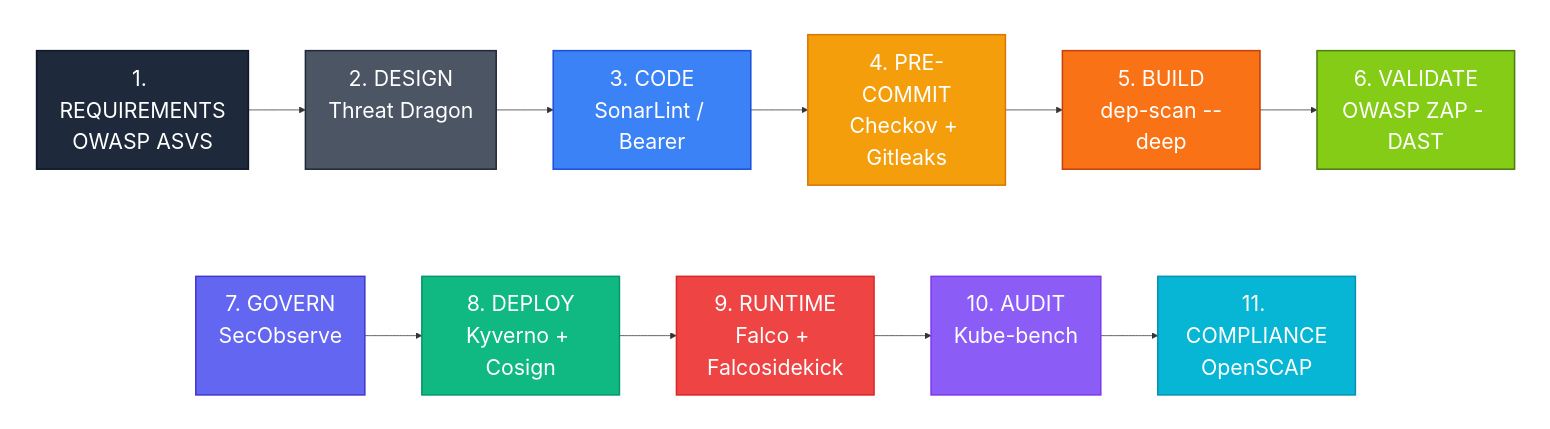
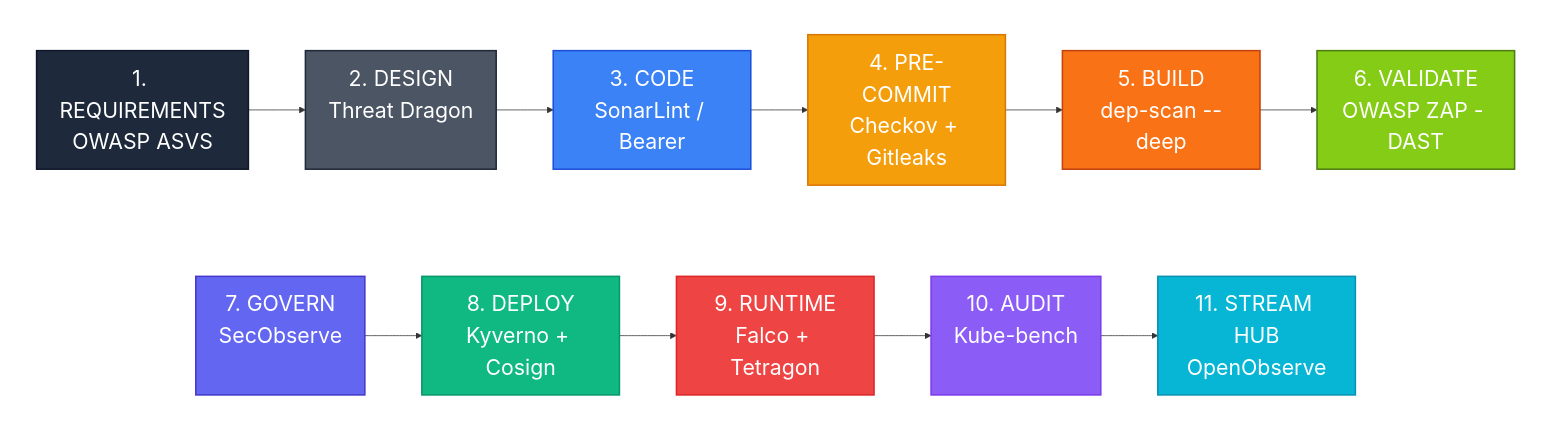
One commit to dimk1301/Guides changed the first of 3 diagrams in test-guide.md. Above: the diagram before and after it, drawn with Mermaid. The commit also changed other lines of this file, not shown here.

````diff
--- a/test-guide.md
+++ b/test-guide.md
@@ -40,36 +46,34 @@
 ```mermaid
 flowchart TD
-    %% Define font size AND exact dimensions so all boxes match
     classDef uniformSize font-size:28px;
 
     subgraph Row1 [" "]
         direction LR
         1[1. REQUIREMENTS<br/>OWASP ASVS] --> 2[2. DESIGN<br/>Threat Dragon <br/><br/>] --> 3[3. CODE<br/>SonarLint / Bearer] --> 4[4. PRE-COMMIT<br/>Checkov + Gitleaks] --> 5[5. BUILD<br/>dep-scan --deep] --> 6[6. VALIDATE<br/>OWASP ZAP - DAST]
     end
 
     Row1 ~~~ Row2
 
     subgraph Row2 [" "]
         direction LR
-        7[7. GOVERN<br/>SecObserve <br/><br/>] --> 8[8. DEPLOY<br/>Kyverno + Cosign] --> 9[9. RUNTIME<br/>Falco + Falcosidekick] --> 10[10. AUDIT<br/>Kube-bench <br/><br/>] --> 11[11. COMPLIANCE<br/>OpenSCAP]
+        7[7. GOVERN<br/>SecObserve <br/><br/>] --> 8[8. DEPLOY<br/>Kyverno + Cosign] --> 9[9. RUNTIME<br/>Falco + Tetragon] --> 10[10. AUDIT<br/>Kube-bench <br/><br/>] --> 11[11. STREAM HUB<br/>OpenObserve]
     end
 
     style Row1 fill:none,stroke:none
     style Row2 fill:none,stroke:none
 
-    %% Apply the uniform sizing class to all nodes
     class 1,2,3,4,5,6,7,8,9,10,11 uniformSize;
 
-    %% Your original color styling remains intact
     style 1 fill:#1E293B,stroke:#0F172A,stroke-width:2px,color:#fff
     style 2 fill:#4B5563,stroke:#1F2937,stroke-width:2px,color:#fff
     style 3 fill:#3B82F6,stroke:#1D4ED8,stroke-width:2px,color:#fff
     style 4 fill:#F59E0B,stroke:#D97706,stroke-width:2px,color:#fff
     style 5 fill:#F97316,stroke:#C2410C,stroke-width:2px,color:#fff
     style 6 fill:#84CC16,stroke:#4D7C0F,stroke-width:2px,color:#fff
     style 7 fill:#6366F1,stroke:#4338CA,stroke-width:2px,color:#fff
     style 8 fill:#10B981,stroke:#059669,stroke-width:2px,color:#fff
     style 9 fill:#EF4444,stroke:#DC2626,stroke-width:2px,color:#fff
     style 10 fill:#8B5CF6,stroke:#7C3AED,stroke-width:2px,color:#fff
     style 11 fill:#06B6D4,stroke:#0891B2,stroke-width:2px,color:#fff
+
 ```
````
